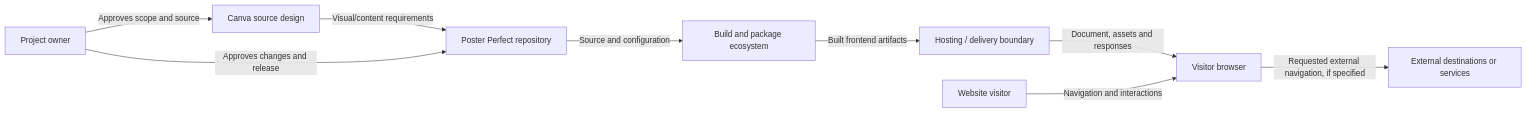
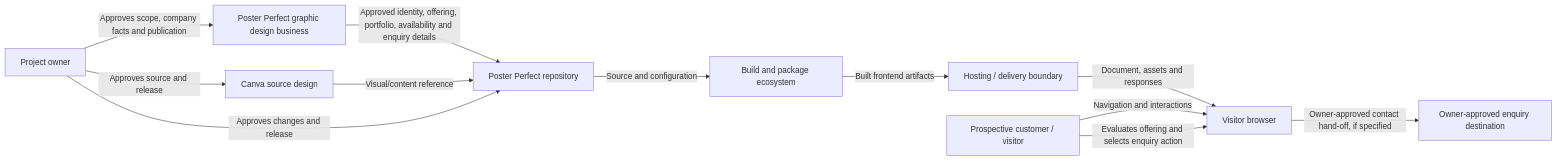
Before and after one commit to jelome265/poster-perfect: the diagram in docs/icm/00-system-context.md, drawn with Mermaid. The commit also changed other lines of this file, not shown here.

Commit message:
docs: align company portfolio product context

````diff
--- a/docs/icm/00-system-context.md
+++ b/docs/icm/00-system-context.md
@@ -29,20 +30,24 @@
 ```mermaid
 flowchart LR
     Owner[Project owner]
     Source[Canva source design]
     Repo[Poster Perfect repository]
     Build[Build and package ecosystem]
     Host[Hosting / delivery boundary]
     Browser[Visitor browser]
-    Visitor[Website visitor]
-    External[External destinations or services]
+    Visitor[Prospective customer / visitor]
+    Company[Poster Perfect graphic design business]
+    External[Owner-approved enquiry destination]
 
-    Owner -->|Approves scope and source| Source
-    Source -->|Visual/content requirements| Repo
+    Owner -->|Approves scope, company facts and publication| Company
+    Owner -->|Approves source and release| Source
+    Company -->|Approved identity, offering, portfolio, availability and enquiry details| Repo
+    Source -->|Visual/content reference| Repo
     Owner -->|Approves changes and release| Repo
     Repo -->|Source and configuration| Build
     Build -->|Built frontend artifacts| Host
     Host -->|Document, assets and responses| Browser
     Visitor -->|Navigation and interactions| Browser
-    Browser -->|Requested external navigation, if specified| External
+    Visitor -->|Evaluates offering and selects enquiry action| Browser
+    Browser -->|Owner-approved contact hand-off, if specified| External
 ```
````
